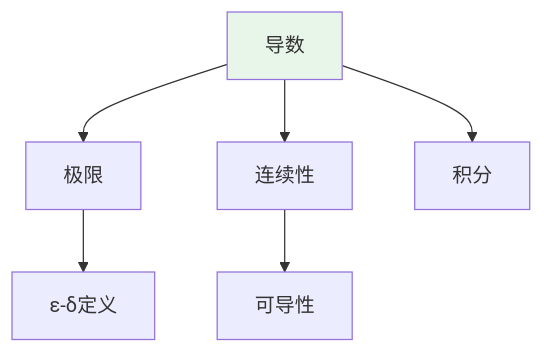
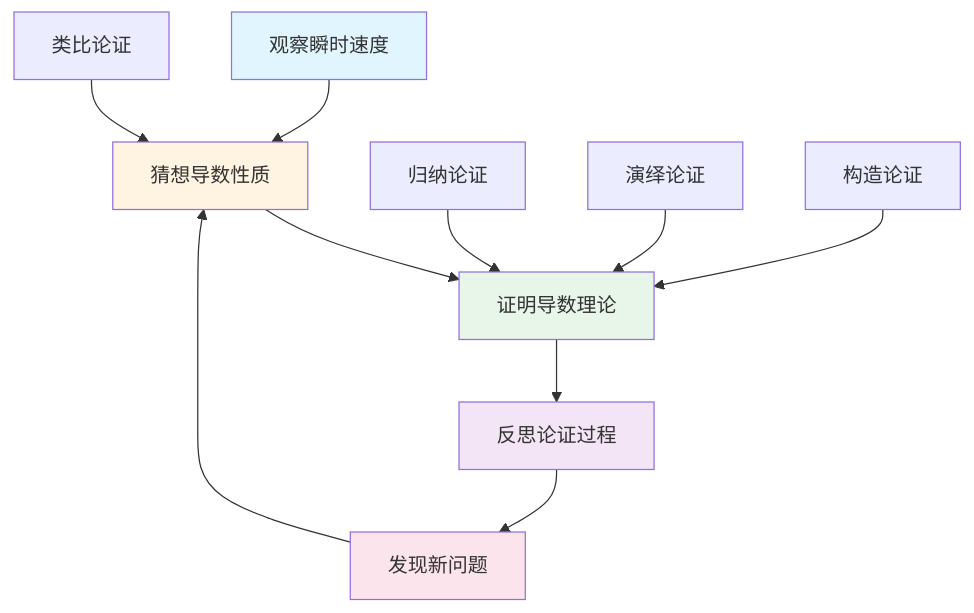
The fifth of 10 diagrams in concept/核心概念/15-导数.md (AdaMartin18010/FormalMath), drawn with Mermaid before and after one commit. The commit also changed other lines of this file and 4793 other files, not shown here.

````diff
--- a/concept/核心概念/15-导数.md
+++ b/concept/核心概念/15-导数.md
@@ -651,10 +1780,19 @@
 ```mermaid
 graph TD
-    A[导数] --> B[极限]
-    A --> C[连续性]
-    A --> D[积分]
-    B --> E[ε-δ定义]
-    C --> F[可导性]
+    A[观察瞬时速度] --> B[猜想导数性质]
+    B --> C[证明导数理论]
+    C --> D[反思论证过程]
+    D --> E[发现新问题]
+    E --> B
 
-    style A fill:#e8f5e9
+    F[归纳论证] --> C
+    G[演绎论证] --> C
+    H[类比论证] --> B
+    I[构造论证] --> C
+
+    style A fill:#e1f5ff
+    style B fill:#fff4e1
+    style C fill:#e8f5e9
+    style D fill:#f3e5f5
+    style E fill:#fce4ec
 ```
````
